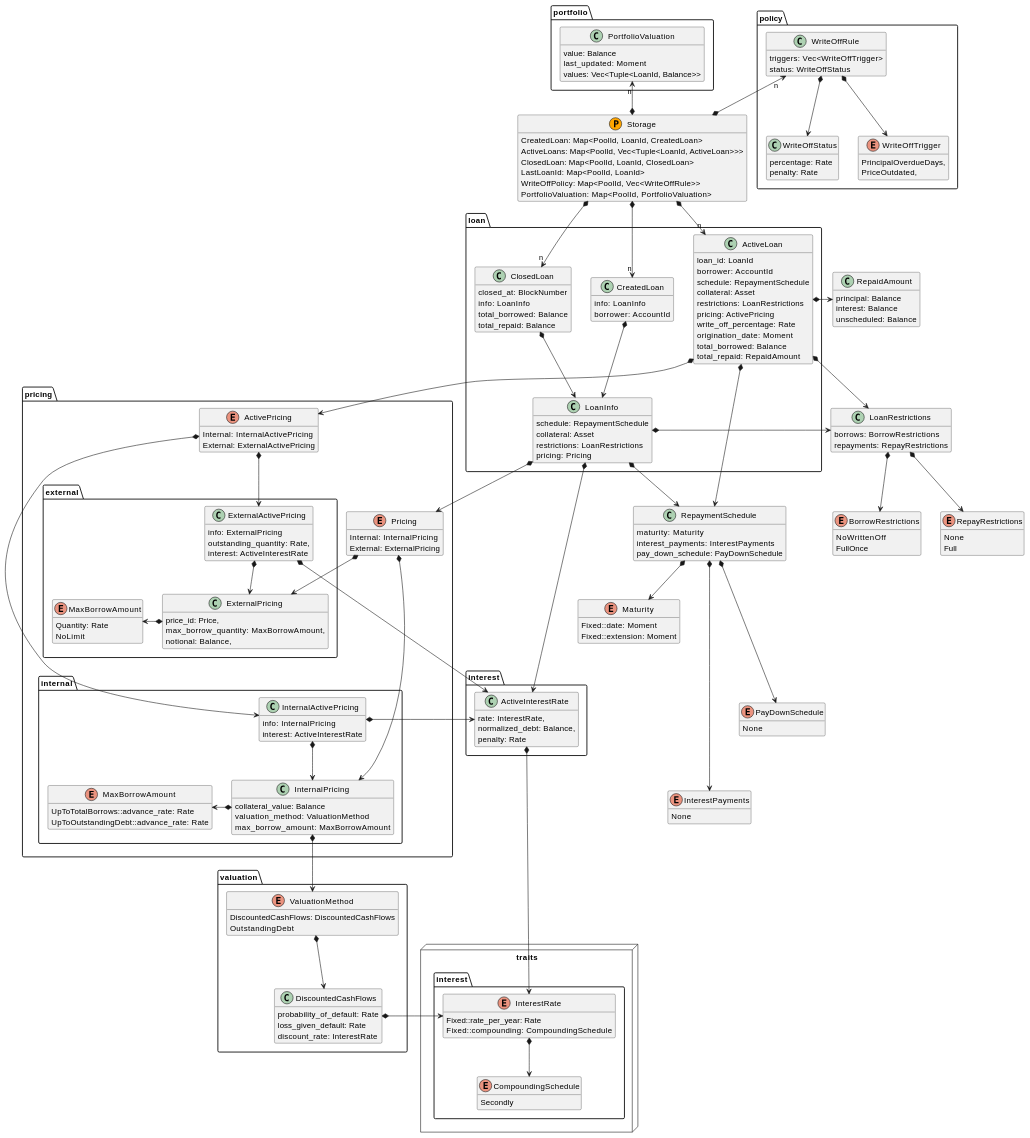
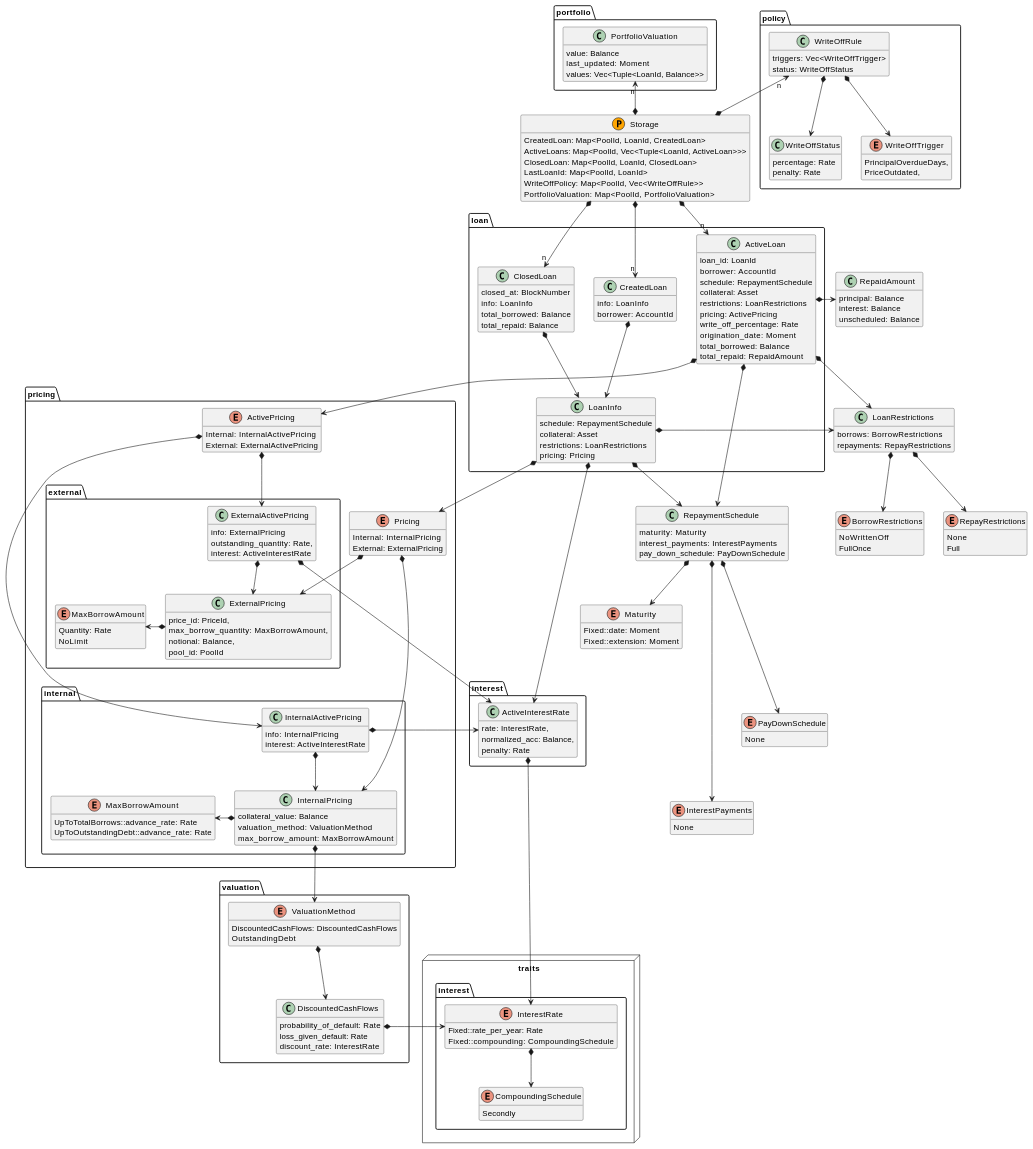
Before and after one commit to centrifuge/centrifuge-chain: the diagram in pallets/loans/docs/types.md, drawn with PlantUML. The commit also changed 28 other files, not shown here.

```diff
--- a/pallets/loans/docs/types.md
+++ b/pallets/loans/docs/types.md
@@ -114,7 +114,7 @@
 package interest {
     class ActiveInterestRate {
         rate: InterestRate,
-        normalized_debt: Balance,
+        normalized_acc: Balance,
         penalty: Rate
     }
 
@@ -153,9 +153,10 @@
         }
 
         class ExternalPricing {
-            price_id: Price,
+            price_id: PriceId,
             max_borrow_quantity: MaxBorrowAmount,
             notional: Balance,
+            pool_id: PoolId
         }
 
         ExternalPricing *-l-> MaxBorrowAmount
```
